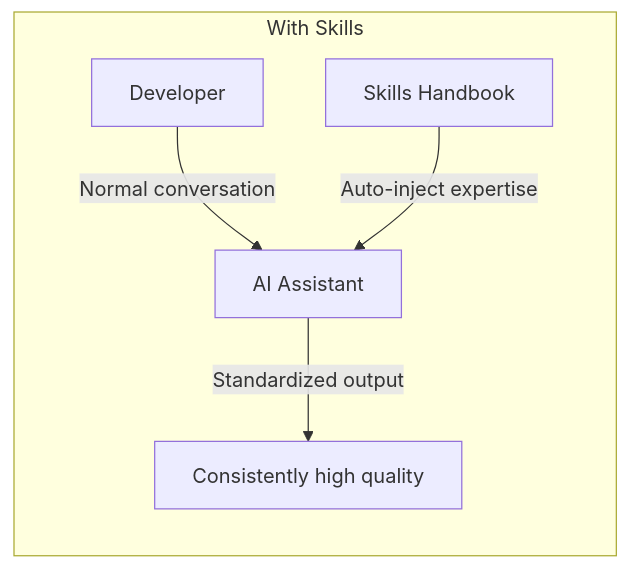
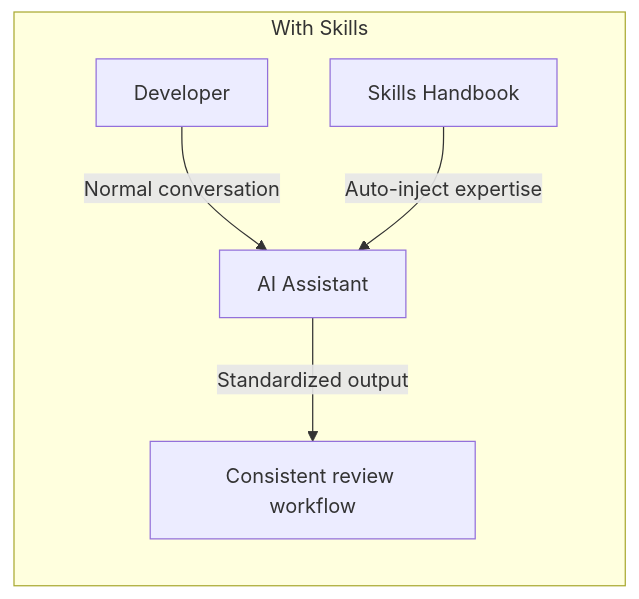
Before and after one commit to ifnodoraemon/ifnodoraemon.github.io: the second of 7 diagrams in content/en/articles/skills-guide.en.md, drawn with Mermaid. The commit also changed other lines of this file and 171 other files, not shown here.

````diff
--- a/content/en/articles/skills-guide.en.md
+++ b/content/en/articles/skills-guide.en.md
@@ -38,8 +38,8 @@
 ```mermaid
 graph LR
     subgraph WithSkills["With Skills"]
         U2["Developer"] -- "Normal conversation" --> A2["AI Assistant"]
         S["Skills Handbook"] -- "Auto-inject expertise" --> A2
-        A2 -- "Standardized output" --> R2["Consistently high quality"]
+        A2 -- "Standardized output" --> R2["Consistent review workflow"]
     end
 ```
````
